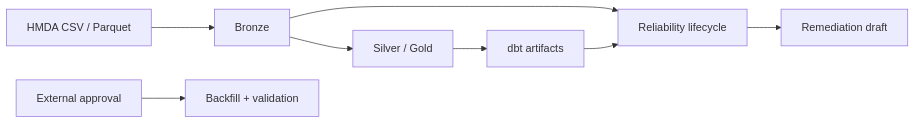
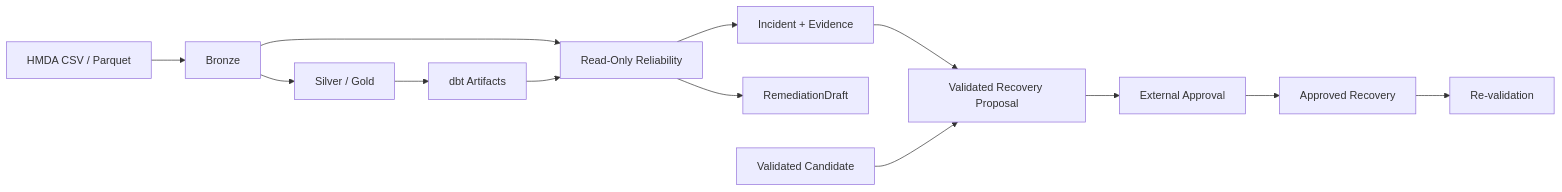
Before and after one commit to mols3131d/hmda-data-reliability: the diagram in docs/ARCHITECTURE.md, drawn with Mermaid. The commit also changed other lines of this file and 32 other files, not shown here.

````diff
--- a/docs/ARCHITECTURE.md
+++ b/docs/ARCHITECTURE.md
@@ -7,10 +7,17 @@
 ```mermaid
 flowchart LR
-    files[HMDA CSV / Parquet] --> raw[Bronze]
-    raw --> dbt[Silver / Gold]
-    dbt --> artifacts[dbt artifacts]
-    raw --> lifecycle[Reliability lifecycle]
+    files["HMDA CSV / Parquet"] --> raw["Bronze"]
+    raw --> dbt["Silver / Gold"]
+    dbt --> artifacts["dbt Artifacts"]
+
+    raw --> lifecycle["Read-Only Reliability"]
     artifacts --> lifecycle
-    lifecycle --> draft[Remediation draft]
-    approval[External approval] --> recovery[Backfill + validation]
+    lifecycle --> incident["Incident + Evidence"]
+    lifecycle --> draft["RemediationDraft"]
+
+    incident --> proposal["Validated Recovery Proposal"]
+    candidate["Validated Candidate"] --> proposal
+    proposal --> approval["External Approval"]
+    approval --> recovery["Approved Recovery"]
+    recovery --> verify["Re-validation"]
 ```
````
